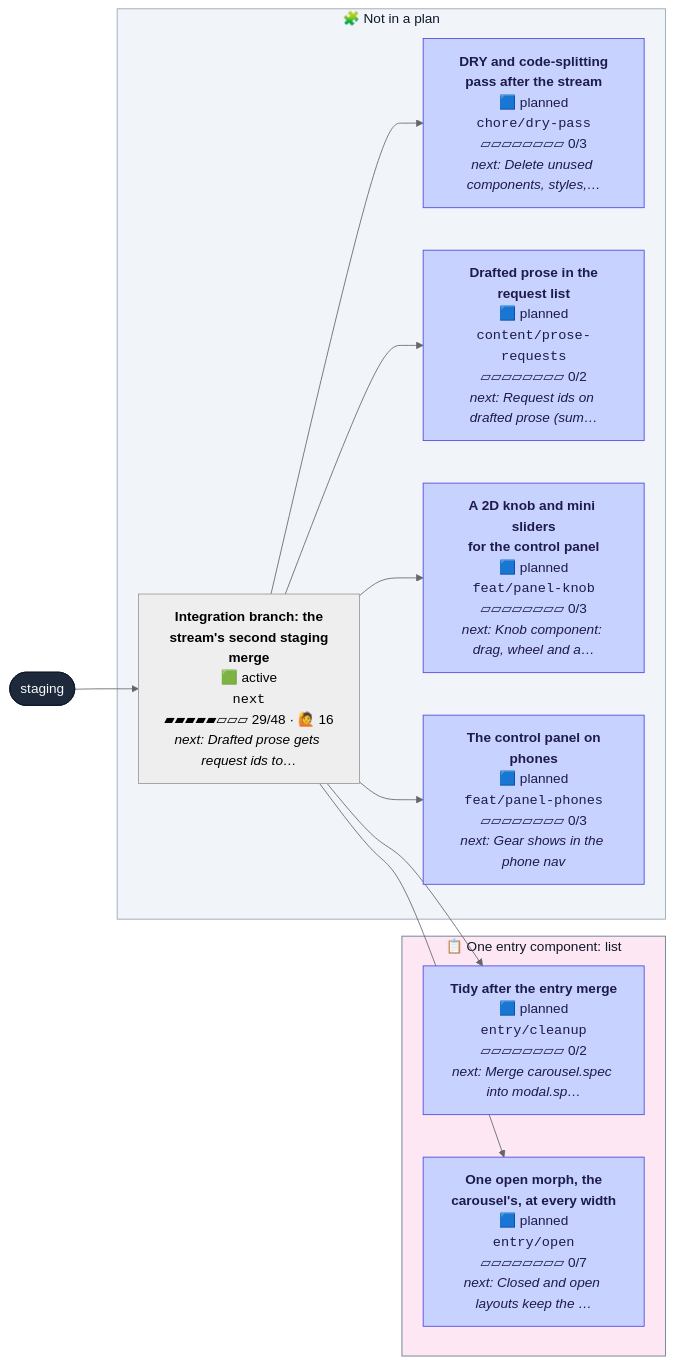
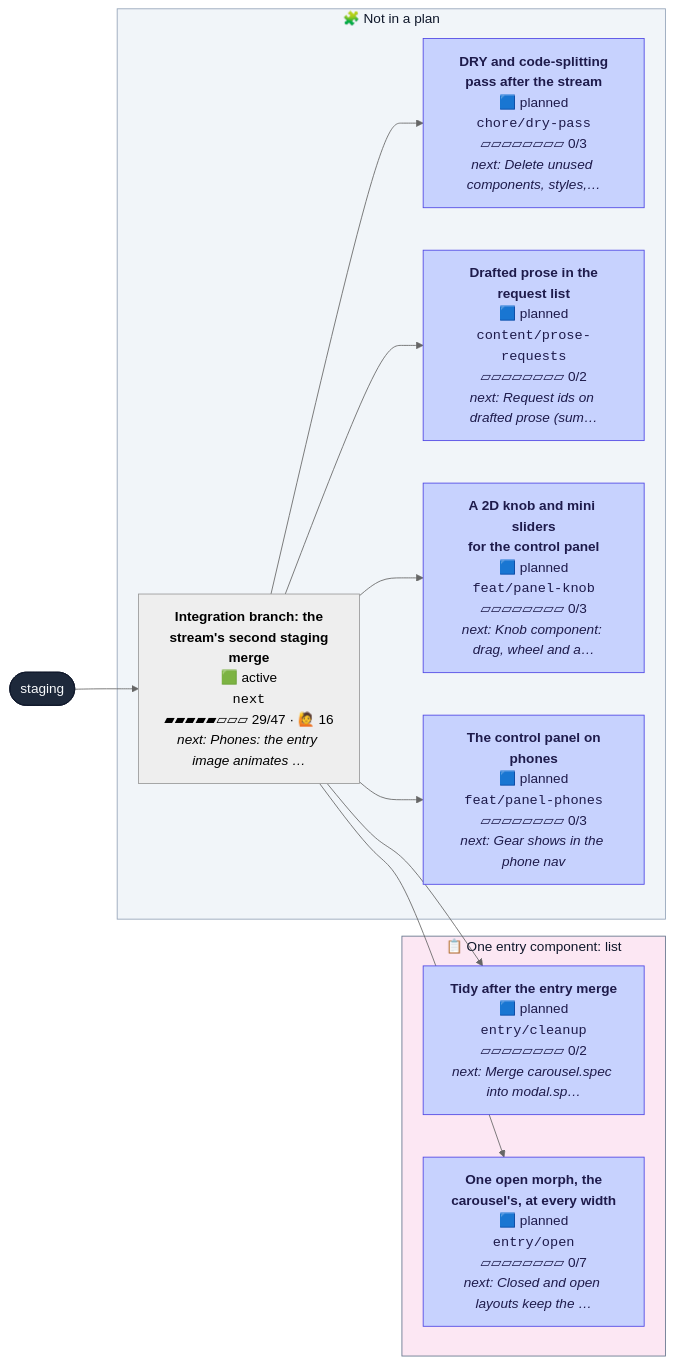
Before and after one commit to henryjonescodes/portfolio: the second of 2 diagrams in CONTRIBUTING.md, drawn with Mermaid (neutral theme). The commit also changed other lines of this file, not shown here.

````diff
--- a/CONTRIBUTING.md
+++ b/CONTRIBUTING.md
@@ -60,41 +57,41 @@
 ```mermaid
 flowchart LR
   n_staging([staging])
   class n_staging trunk
   subgraph plan_1["📋 One entry component: list"]
     n_entry_cleanup["<b>Tidy after the entry merge</b><br/>🟦 planned<br/><code>entry/cleanup</code><br/>▱▱▱▱▱▱▱▱ 0/2<br/><i>next: Merge carousel.spec into modal.sp…</i>"]
     class n_entry_cleanup planned
     n_entry_open["<b>One open morph, the<br/>carousel's, at every width</b><br/>🟦 planned<br/><code>entry/open</code><br/>▱▱▱▱▱▱▱▱ 0/7<br/><i>next: Closed and open layouts keep the …</i>"]
     class n_entry_open planned
   end
   style plan_1 fill:#fce7f3,stroke:#64748b,color:#0f172a
   subgraph loose["🧩 Not in a plan"]
     n_chore_dry_pass["<b>DRY and code-splitting<br/>pass after the stream</b><br/>🟦 planned<br/><code>chore/dry-pass</code><br/>▱▱▱▱▱▱▱▱ 0/3<br/><i>next: Delete unused components, styles,…</i>"]
     class n_chore_dry_pass planned
     n_content_prose_requests["<b>Drafted prose in the<br/>request list</b><br/>🟦 planned<br/><code>content/prose-requests</code><br/>▱▱▱▱▱▱▱▱ 0/2<br/><i>next: Request ids on drafted prose (sum…</i>"]
     class n_content_prose_requests planned
     n_feat_panel_knob["<b>A 2D knob and mini sliders<br/>for the control panel</b><br/>🟦 planned<br/><code>feat/panel-knob</code><br/>▱▱▱▱▱▱▱▱ 0/3<br/><i>next: Knob component: drag, wheel and a…</i>"]
     class n_feat_panel_knob planned
     n_feat_panel_phones["<b>The control panel on<br/>phones</b><br/>🟦 planned<br/><code>feat/panel-phones</code><br/>▱▱▱▱▱▱▱▱ 0/3<br/><i>next: Gear shows in the phone nav</i>"]
     class n_feat_panel_phones planned
-    n_next["<b>Integration branch: the<br/>stream's second staging<br/>merge</b><br/>🟩 active<br/><code>next</code><br/>▰▰▰▰▰▱▱▱ 29/48 · 🙋 16<br/><i>next: Drafted prose gets request ids to…</i>"]
+    n_next["<b>Integration branch: the<br/>stream's second staging<br/>merge</b><br/>🟩 active<br/><code>next</code><br/>▰▰▰▰▰▱▱▱ 29/47 · 🙋 16<br/><i>next: Phones: the entry image animates …</i>"]
     class n_next active,current
   end
   style loose fill:#f1f5f9,stroke:#94a3b8,color:#0f172a
   n_next --> n_chore_dry_pass
   n_next --> n_content_prose_requests
   n_next --> n_entry_cleanup
   n_next --> n_entry_open
   n_next --> n_feat_panel_knob
   n_next --> n_feat_panel_phones
   n_staging --> n_next
   classDef merged fill:#dcfce7,stroke:#16a34a,color:#052e16
   classDef todo fill:#ffffff,stroke:#94a3b8,stroke-dasharray:2 2,color:#334155
   classDef planned fill:#c7d2fe,stroke:#4f46e5,color:#1e1b4b
   classDef sketched fill:#f8fafc,stroke:#64748b,stroke-dasharray:4 3,color:#334155
   classDef active fill:#bbf7d0,stroke:#16a34a,stroke-width:3px,color:#052e16
   classDef review fill:#fde68a,stroke:#d97706,stroke-width:3px,color:#451a03
   classDef blocked fill:#fecaca,stroke:#dc2626,stroke-width:3px,color:#450a0a
   classDef trunk fill:#1e293b,stroke:#0f172a,color:#f8fafc
   classDef current stroke:#0ea5e9,stroke-width:5px
 ```
````
